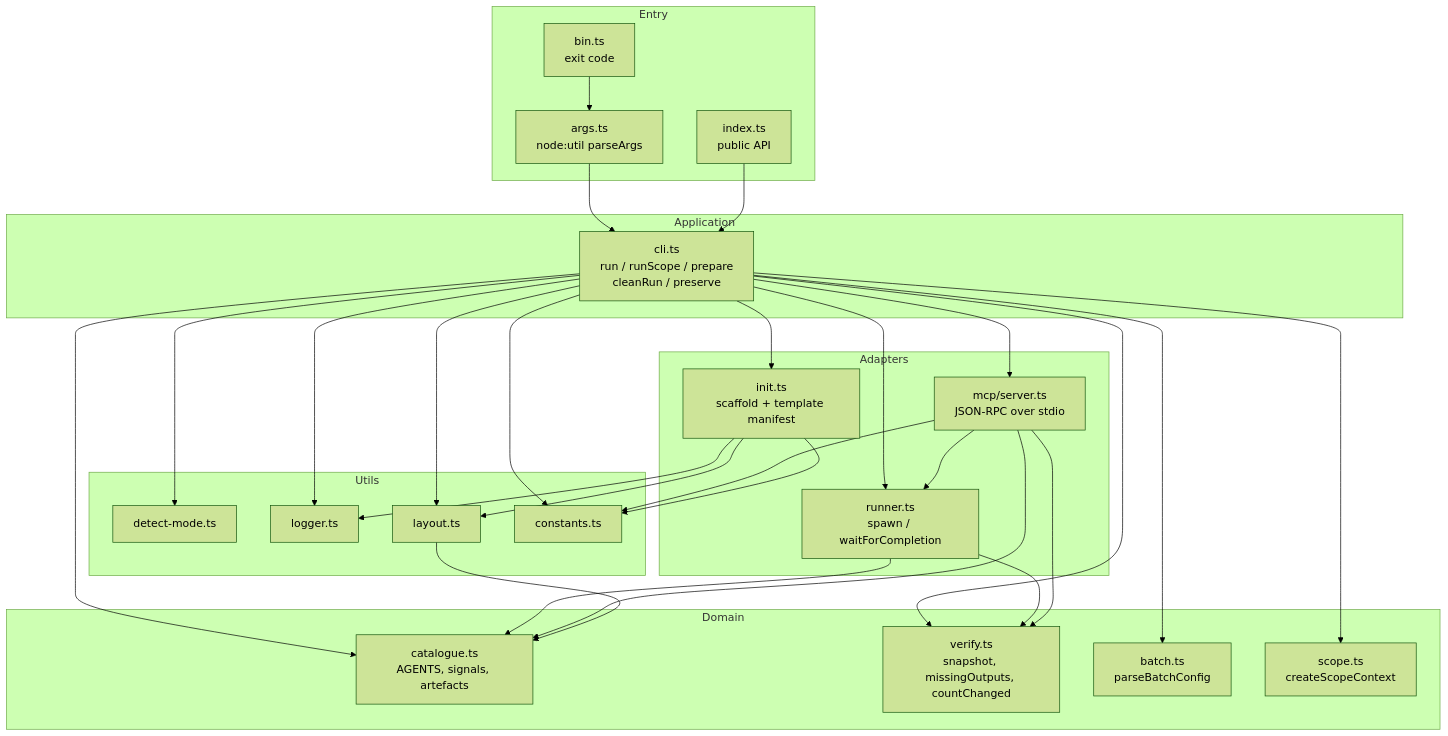
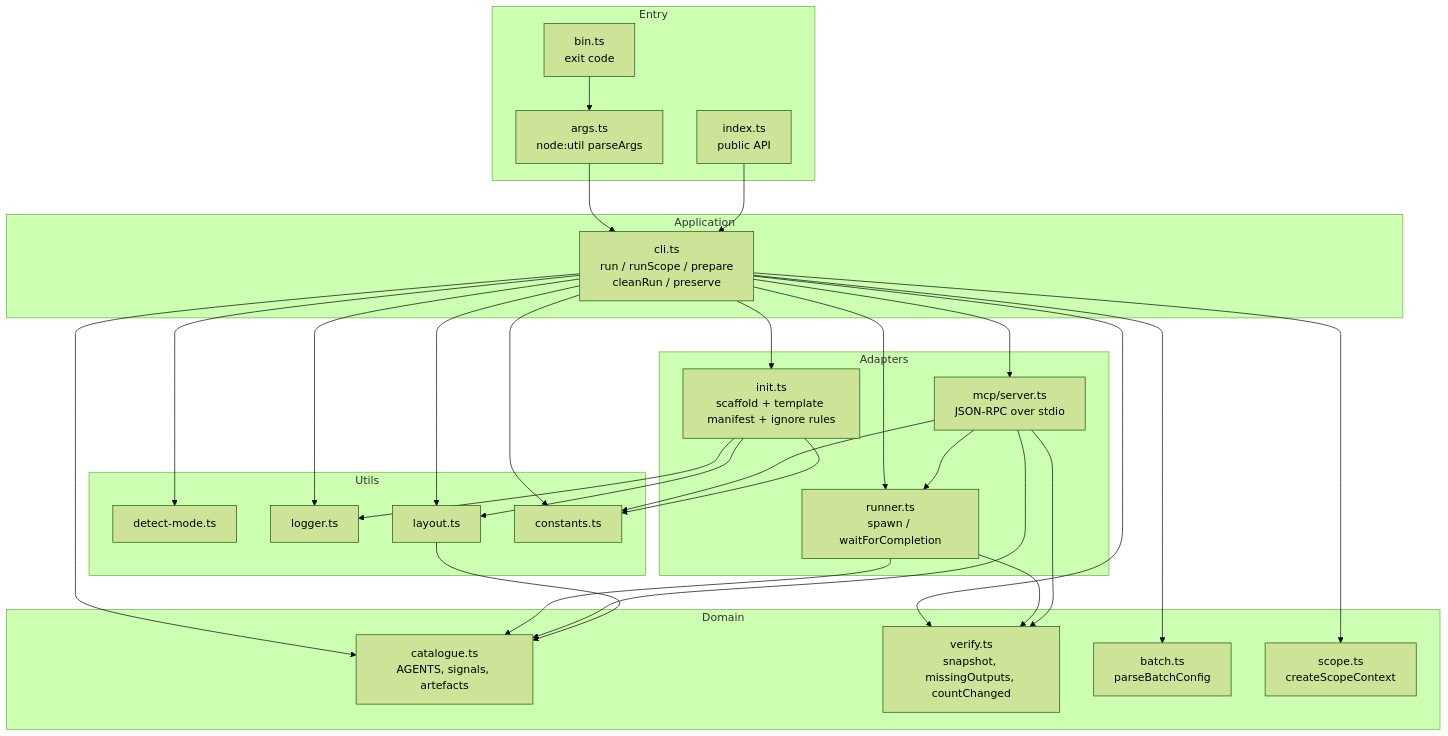
The second of 4 diagrams in Project_Architecture_Blueprint.md (fifijo/spectra), drawn with Mermaid (forest theme) before and after one commit. The commit also changed other lines of this file, not shown here.

First line of the commit message:
docs: make the architecture blueprint true of today's code

````diff
--- a/Project_Architecture_Blueprint.md
+++ b/Project_Architecture_Blueprint.md
@@ -114,56 +114,56 @@
 ```mermaid
 flowchart TB
   subgraph Entry
     bin[bin.ts<br/>exit code]
     args[args.ts<br/>node:util parseArgs]
     index[index.ts<br/>public API]
   end
 
   subgraph Application
     cli[cli.ts<br/>run / runScope / prepare<br/>cleanRun / preserve]
   end
 
   subgraph Domain
     cat[catalogue.ts<br/>AGENTS, signals, artefacts]
     ver[verify.ts<br/>snapshot, missingOutputs, countChanged]
     batch[batch.ts<br/>parseBatchConfig]
     scope[scope.ts<br/>createScopeContext]
   end
 
   subgraph Adapters
     runner[runner.ts<br/>spawn / waitForCompletion]
     mcp[mcp/server.ts<br/>JSON-RPC over stdio]
-    init[init.ts<br/>scaffold + template manifest]
+    init[init.ts<br/>scaffold + template manifest + ignore rules]
   end
 
   subgraph Utils
     detect[detect-mode.ts]
     log[logger.ts]
     layout[layout.ts]
     const[constants.ts]
   end
 
   bin --> args --> cli
   index --> cli
   cli --> runner
   cli --> mcp
   cli --> init
   cli --> cat
   cli --> ver
   cli --> batch
   cli --> scope
   cli --> detect
   cli --> log
   cli --> layout
   cli --> const
   runner --> cat
   runner --> ver
   mcp --> cat
   mcp --> ver
   mcp --> runner
   mcp --> const
   init --> const
   init --> layout
   init --> log
   layout --> cat
 ```
````
